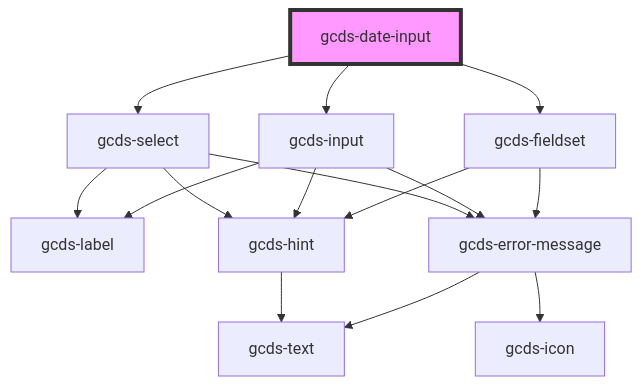
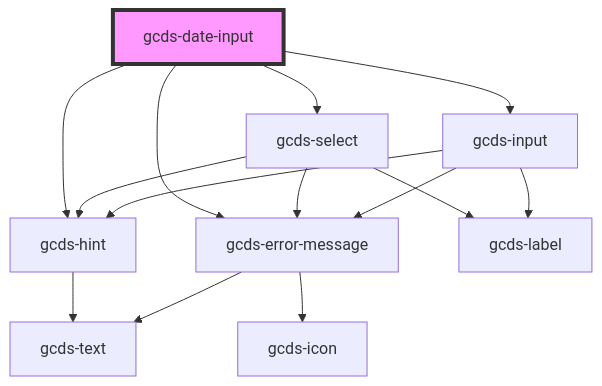
One commit to cds-snc/gcds-components changed the diagram in packages/web/src/components/gcds-date-input/readme.md. Above: the diagram before and after it, drawn with Mermaid. The commit also changed other lines of this file and 5 other files, not shown here.

````diff
--- a/packages/web/src/components/gcds-date-input/readme.md
+++ b/packages/web/src/components/gcds-date-input/readme.md
@@ -58,18 +59,17 @@
 ```mermaid
 graph TD;
   gcds-date-input --> gcds-select
   gcds-date-input --> gcds-input
-  gcds-date-input --> gcds-fieldset
+  gcds-date-input --> gcds-hint
+  gcds-date-input --> gcds-error-message
   gcds-select --> gcds-label
   gcds-select --> gcds-hint
   gcds-select --> gcds-error-message
   gcds-hint --> gcds-text
   gcds-error-message --> gcds-text
   gcds-error-message --> gcds-icon
   gcds-input --> gcds-label
   gcds-input --> gcds-hint
   gcds-input --> gcds-error-message
-  gcds-fieldset --> gcds-hint
-  gcds-fieldset --> gcds-error-message
   style gcds-date-input fill:#f9f,stroke:#333,stroke-width:4px
 ```
````
